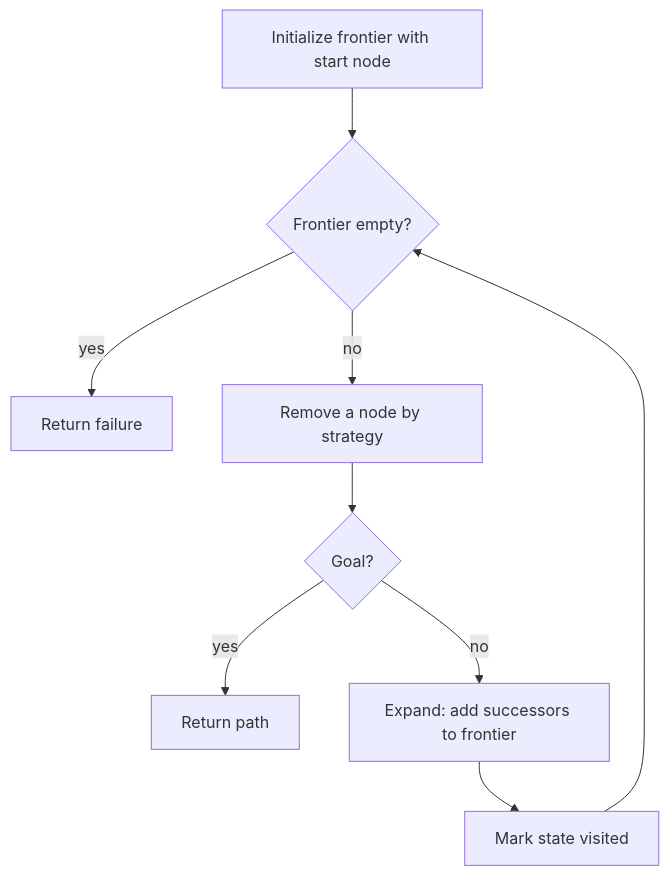
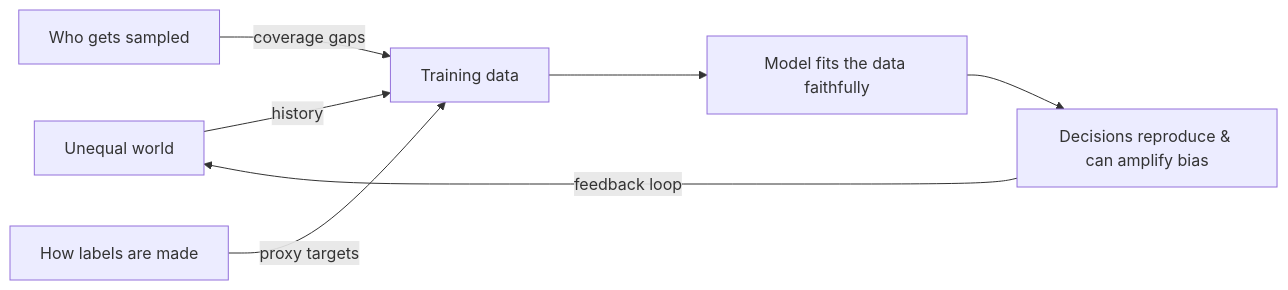
The first of 7 diagrams in ai-ml-encyclopedia/ch38.qmd (kader-xai/kader-xai.github.io), drawn with Mermaid before and after one commit. The commit also changed other lines of this file and 47 other files, not shown here.

````diff
--- a/ai-ml-encyclopedia/ch38.qmd
+++ b/ai-ml-encyclopedia/ch38.qmd
@@ -143,11 +111,9 @@
 ```{mermaid}
-flowchart TD
-    A[Initialize frontier with start node] --> B{Frontier empty?}
-    B -- yes --> F[Return failure]
-    B -- no --> C[Remove a node by strategy]
-    C --> D{Goal?}
-    D -- yes --> E[Return path]
-    D -- no --> G[Expand: add successors to frontier]
-    G --> H[Mark state visited]
-    H --> B
+flowchart LR
+  A[Unequal world] -->|history| B[Training data]
+  C[Who gets sampled] -->|coverage gaps| B
+  D[How labels are made] -->|proxy targets| B
+  B --> E[Model fits the data faithfully]
+  E --> F[Decisions reproduce & can amplify bias]
+  F -->|feedback loop| A
 ```
````
